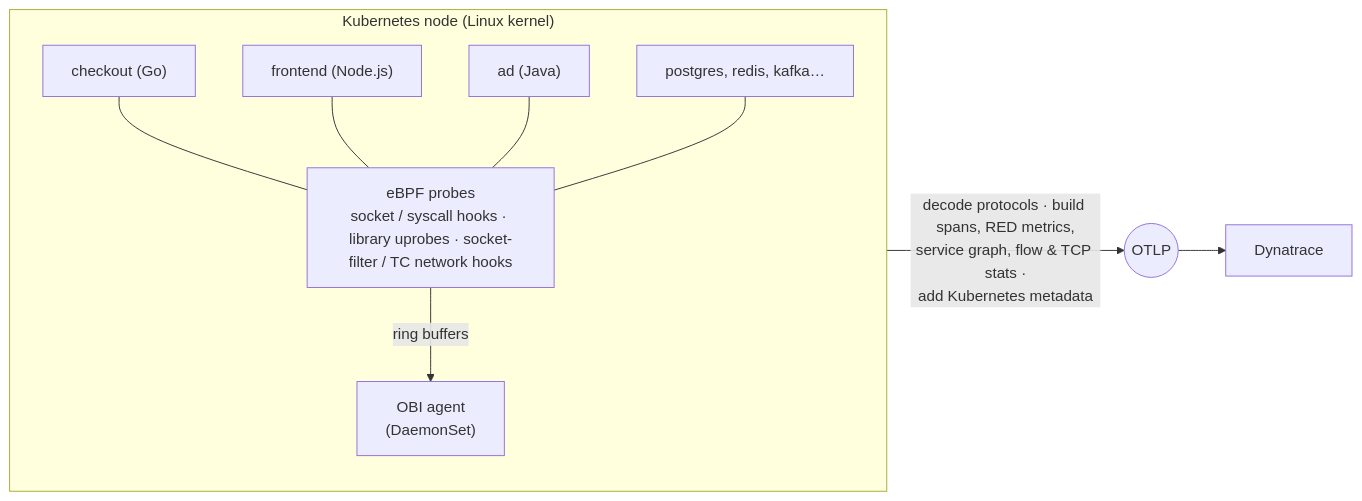
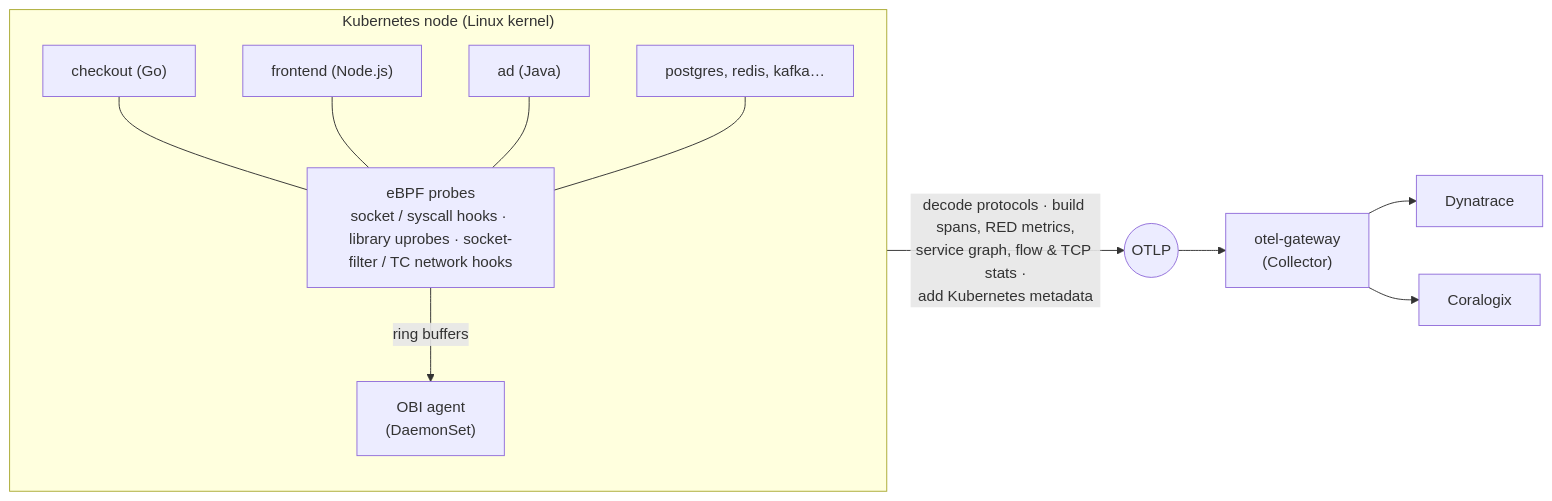
One commit to npcomplete777/opentelemetry-demo changed the diagram in README.md. Above: the diagram before and after it, drawn with Mermaid. The commit also changed other lines of this file and 7 other files, not shown here.

First line of the commit message:
OBI: fan out to Dynatrace and Coralogix via an in-cluster collector

````diff
--- a/README.md
+++ b/README.md
@@ -48,14 +48,16 @@
 ```mermaid
 flowchart LR
   subgraph node["Kubernetes node (Linux kernel)"]
     direction TB
     app1["checkout (Go)"] --- k
     app2["frontend (Node.js)"] --- k
     app3["ad (Java)"] --- k
     app4["postgres, redis, kafka…"] --- k
     k["eBPF probes<br/>socket / syscall hooks · library uprobes · socket-filter / TC network hooks"]
     k -->|ring buffers| obi["OBI agent<br/>(DaemonSet)"]
   end
   obi -->|"decode protocols · build spans, RED metrics,<br/>service graph, flow & TCP stats ·<br/>add Kubernetes metadata"| otlp(("OTLP"))
-  otlp --> dt["Dynatrace"]
+  otlp --> gw["otel-gateway<br/>(Collector)"]
+  gw --> dt["Dynatrace"]
+  gw --> cx["Coralogix"]
 ```
````
